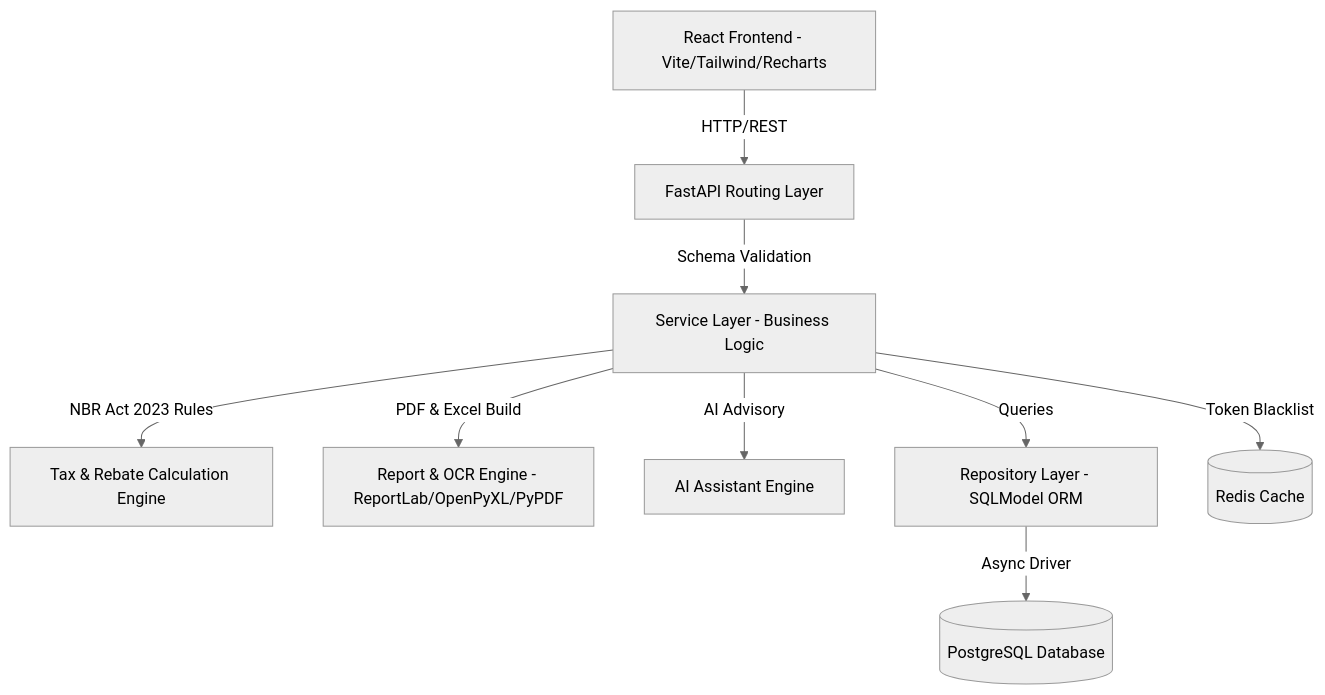
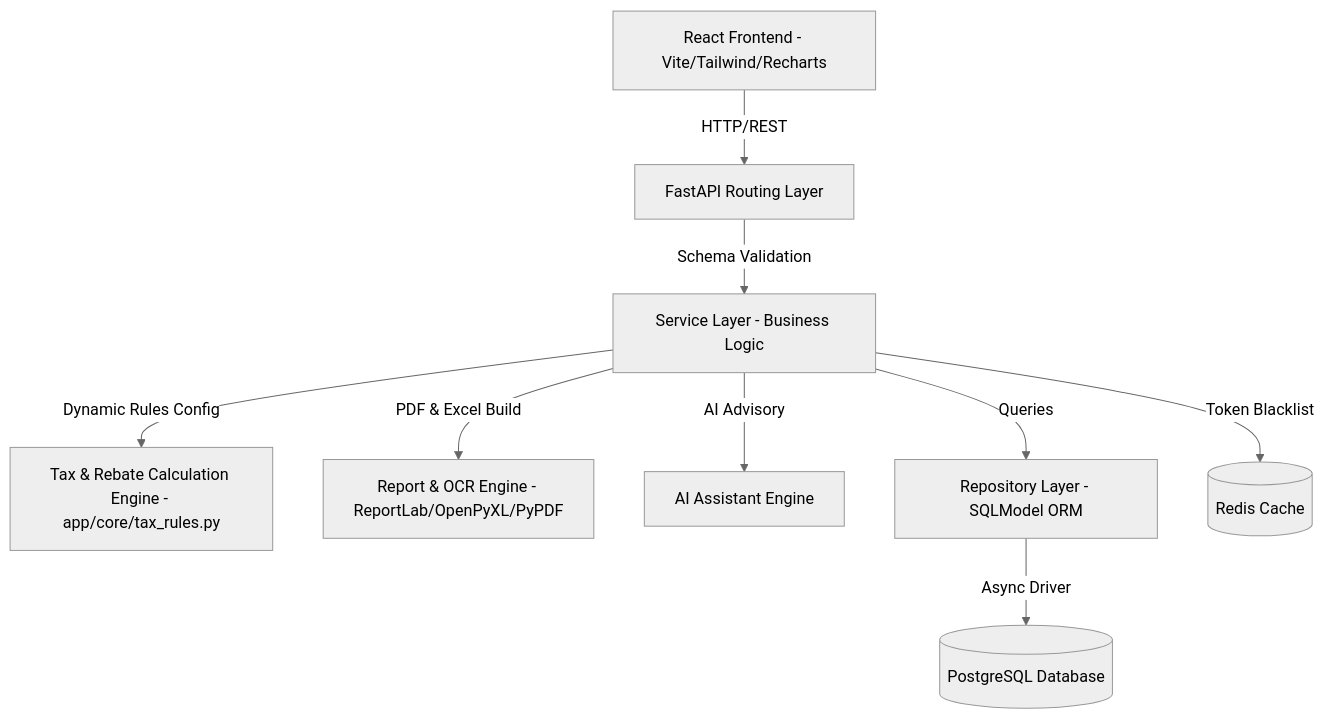
Before and after one commit to momenurmaruf2742/bangladesh_tax_suite: the diagram in docs/architecture.md, drawn with Mermaid (neutral theme). The commit also changed 6 other files, not shown here.

Commit message:
feat(taxes): Implement year-aware dynamic tax rule configs and update frontend rebate dashboard

````diff
--- a/docs/architecture.md
+++ b/docs/architecture.md
@@ -7,11 +7,11 @@
 ```mermaid
 graph TD
     Client[React Frontend - Vite/Tailwind/Recharts] -->|HTTP/REST| API[FastAPI Routing Layer]
     API -->|Schema Validation| Service[Service Layer - Business Logic]
-    Service -->|NBR Act 2023 Rules| TaxEngine[Tax & Rebate Calculation Engine]
+    Service -->|Dynamic Rules Config| TaxEngine[Tax & Rebate Calculation Engine - app/core/tax_rules.py]
     Service -->|PDF & Excel Build| Reports[Report & OCR Engine - ReportLab/OpenPyXL/PyPDF]
     Service -->|AI Advisory| AiAssistant[AI Assistant Engine]
     Service -->|Queries| Repo[Repository Layer - SQLModel ORM]
     Repo -->|Async Driver| DB[(PostgreSQL Database)]
     Service -->|Token Blacklist| Cache[(Redis Cache)]
 ```
````
